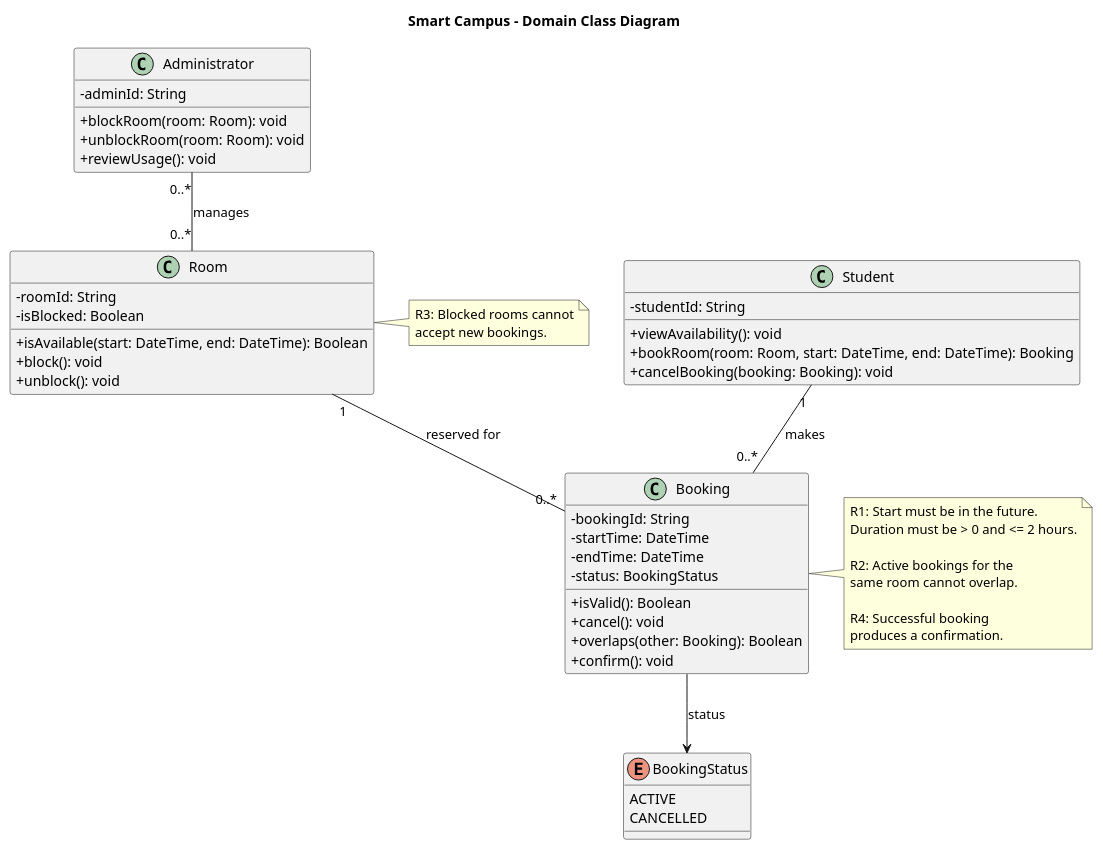
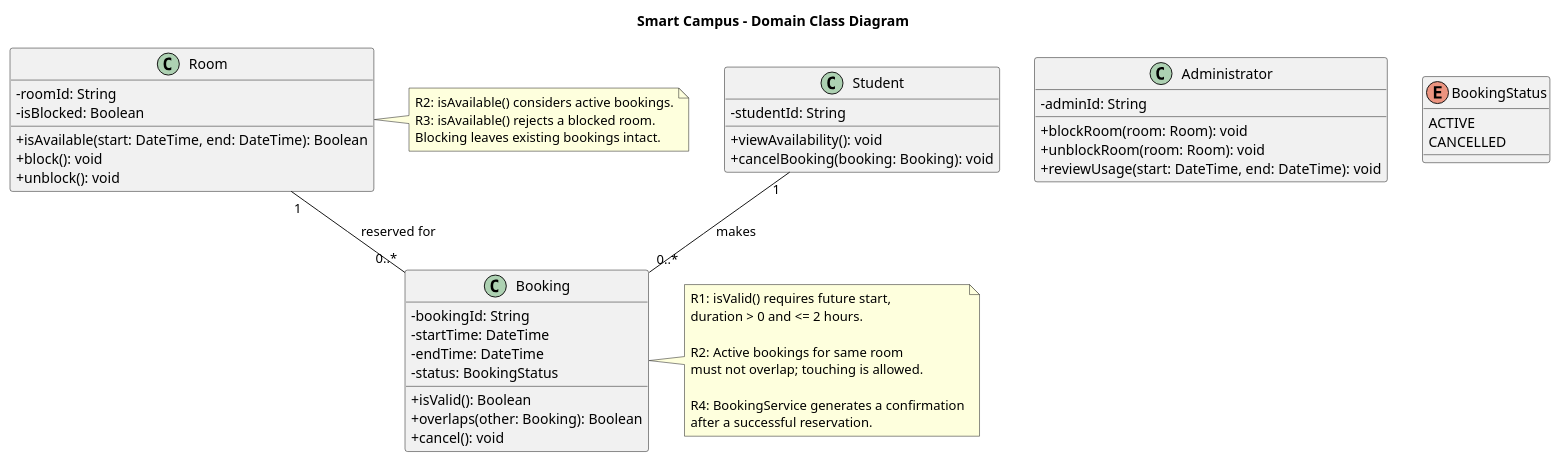
One commit to Nurkozha0607/se-practice changed the diagram in week-04/models/original/class.puml. Above: the diagram before and after it, drawn with PlantUML. The commit also changed 11 other files, not shown here.

Commit message:
week-04: complete UML modeling lab

```diff
--- a/week-04/models/original/class.puml
+++ b/week-04/models/original/class.puml
@@ -1,66 +1,61 @@
 @startuml
 title Smart Campus - Domain Class Diagram
-
 skinparam classAttributeIconSize 0
 
 class Student {
-    - studentId: String
-    + viewAvailability(): void
-    + bookRoom(room: Room, start: DateTime, end: DateTime): Booking
-    + cancelBooking(booking: Booking): void
+ - studentId: String
+ + viewAvailability(): void
+ + cancelBooking(booking: Booking): void
+}
+
+class Administrator {
+ - adminId: String
+ + blockRoom(room: Room): void
+ + unblockRoom(room: Room): void
+ + reviewUsage(start: DateTime, end: DateTime): void
 }
 
 class Room {
-    - roomId: String
-    - isBlocked: Boolean
-    + isAvailable(start: DateTime, end: DateTime): Boolean
-    + block(): void
-    + unblock(): void
+ - roomId: String
+ - isBlocked: Boolean
+ + isAvailable(start: DateTime, end: DateTime): Boolean
+ + block(): void
+ + unblock(): void
 }
 
 class Booking {
-    - bookingId: String
-    - startTime: DateTime
-    - endTime: DateTime
-    - status: BookingStatus
-    + isValid(): Boolean
-    + cancel(): void
-    + overlaps(other: Booking): Boolean
-    + confirm(): void
-}
-
-class Administrator {
-    - adminId: String
-    + blockRoom(room: Room): void
-    + unblockRoom(room: Room): void
-    + reviewUsage(): void
+ - bookingId: String
+ - startTime: DateTime
+ - endTime: DateTime
+ - status: BookingStatus
+ + isValid(): Boolean
+ + overlaps(other: Booking): Boolean
+ + cancel(): void
 }
 
 enum BookingStatus {
-    ACTIVE
-    CANCELLED
+ ACTIVE
+ CANCELLED
 }
 
 Student "1" -- "0..*" Booking : makes
 Room "1" -- "0..*" Booking : reserved for
-Administrator "0..*" -- "0..*" Room : manages
-
-Booking --> BookingStatus : status
 
 note right of Booking
-R1: Start must be in the future.
-Duration must be > 0 and <= 2 hours.
+R1: isValid() requires future start,
+duration > 0 and <= 2 hours.
 
-R2: Active bookings for the
-same room cannot overlap.
+R2: Active bookings for same room
+must not overlap; touching is allowed.
 
-R4: Successful booking
-produces a confirmation.
+R4: BookingService generates a confirmation
+after a successful reservation.
 end note
 
 note right of Room
-R3: Blocked rooms cannot
-accept new bookings.
+R2: isAvailable() considers active bookings.
+R3: isAvailable() rejects a blocked room.
+Blocking leaves existing bookings intact.
 end note
 
 @enduml
```
